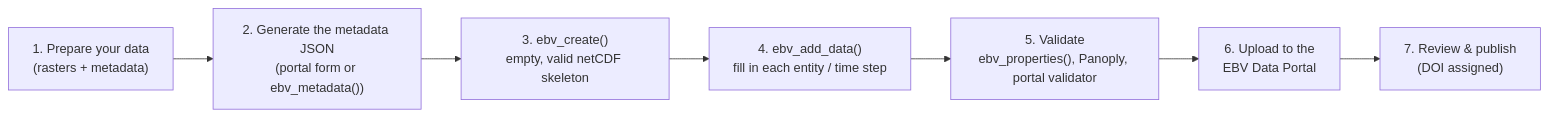
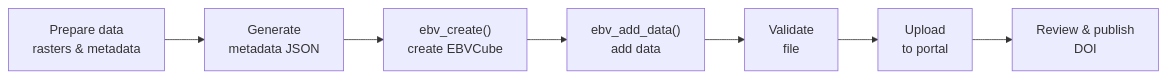
The diagram in tutorial/index.qmd (EBVcube/EBV_resources), drawn with Mermaid before and after one commit. The commit also changed other lines of this file and 6 other files, not shown here.

````diff
--- a/tutorial/index.qmd
+++ b/tutorial/index.qmd
@@ -39,9 +41,13 @@
 ```{mermaid}
+%%| echo: false
 flowchart LR
-    A["1. Prepare your data\n(rasters + metadata)"] --> B["2. Generate the metadata JSON\n(portal form or ebv_metadata())"]
-    B --> C["3. ebv_create()\nempty, valid netCDF skeleton"]
-    C --> D["4. ebv_add_data()\nfill in each entity / time step"]
-    D --> E["5. Validate\nebv_properties(), Panoply, portal validator"]
-    E --> F["6. Upload to the\nEBV Data Portal"]
-    F --> G["7. Review & publish\n(DOI assigned)"]
+A["Prepare data<br/>rasters & metadata"]
+B["Generate<br/>metadata JSON"]
+C["ebv_create()<br/>create EBVCube"]
+D["ebv_add_data()<br/>add data"]
+E["Validate<br/>file"]
+F["Upload<br/>to portal"]
+G["Review & publish<br/>DOI"]
+
+A --> B --> C --> D --> E --> F --> G
 ```
````
